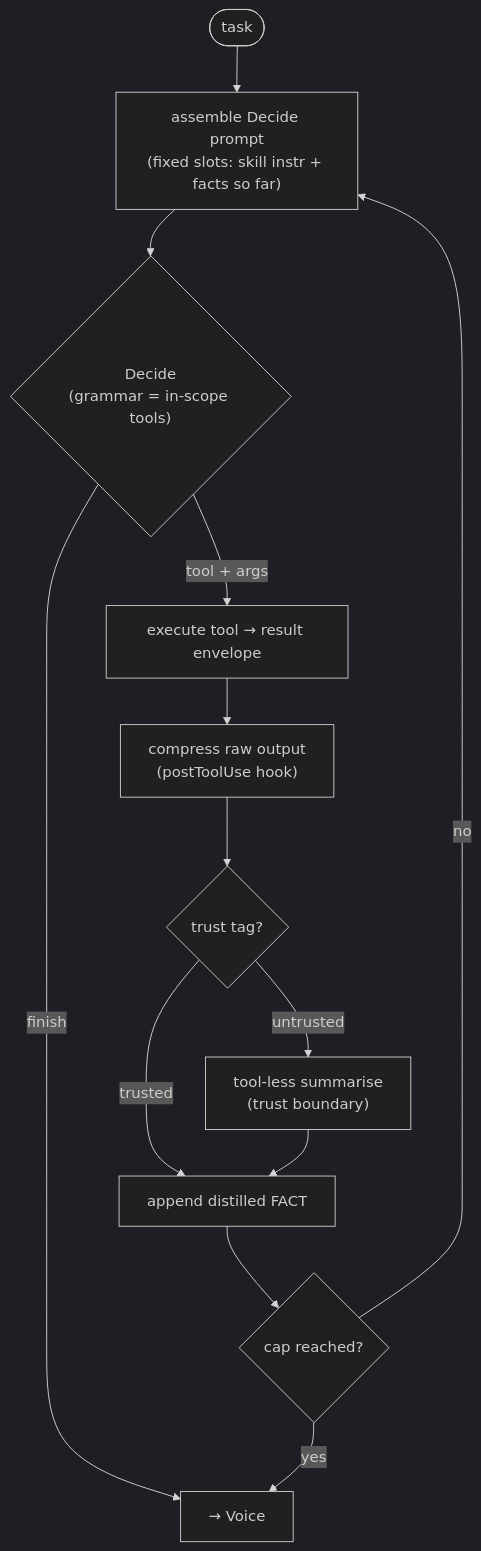
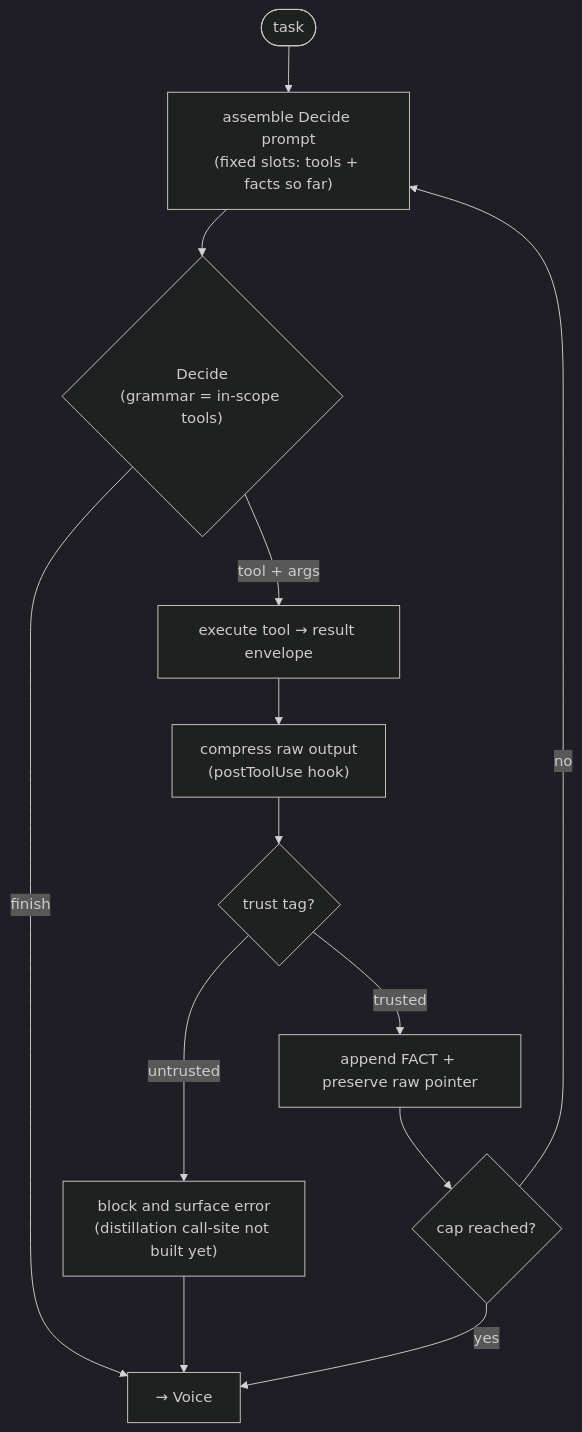
The fifth of 6 diagrams in docs/design/code-design.md (macro88/grugling), drawn with Mermaid (dark theme) before and after one commit. The commit also changed other lines of this file and 3 other files, not shown here.

````diff
--- a/docs/design/code-design.md
+++ b/docs/design/code-design.md
@@ -436,15 +449,15 @@
 ```mermaid
 flowchart TD
-  start([task]) --> assemble["assemble Decide prompt<br/>(fixed slots: skill instr + facts so far)"]
+  start([task]) --> assemble["assemble Decide prompt<br/>(fixed slots: tools + facts so far)"]
   assemble --> decide{"Decide<br/>(grammar = in-scope tools)"}
   decide -->|finish| voice["→ Voice"]
   decide -->|tool + args| exec["execute tool → result envelope"]
   exec --> compress["compress raw output<br/>(postToolUse hook)"]
   compress --> gate{trust tag?}
-  gate -->|untrusted| distil["tool-less summarise<br/>(trust boundary)"]
-  gate -->|trusted| fact
-  distil --> fact["append distilled FACT"]
+  gate -->|untrusted| block["block and surface error<br/>(distillation call-site not built yet)"]
+  gate -->|trusted| fact["append FACT + preserve raw pointer"]
+  block --> voice
   fact --> cap{cap reached?}
   cap -->|no| assemble
   cap -->|yes| voice
 ```
````
